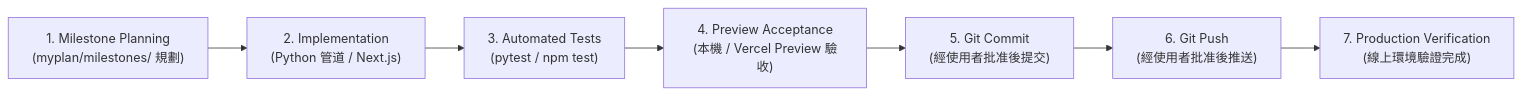
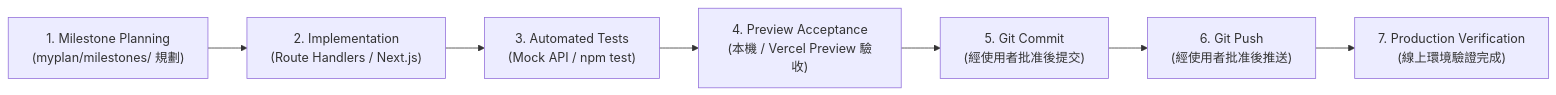
One commit to bambamboo0321/AIOT-HW1 changed the fourth of 4 diagrams in myplan/FLOW.md. Above: the diagram before and after it, drawn with Mermaid. The commit also changed other lines of this file and 17 other files, not shown here.

Commit message:
docs: simplify V2 to stateless Vercel architecture

````diff
--- a/myplan/FLOW.md
+++ b/myplan/FLOW.md
@@ -102,12 +107,12 @@
 ```mermaid
 flowchart LR
     P1["1. Milestone Planning<br>(myplan/milestones/ 規劃)"]
-    P2["2. Implementation<br>(Python 管道 / Next.js)"]
-    P3["3. Automated Tests<br>(pytest / npm test)"]
+    P2["2. Implementation<br>(Route Handlers / Next.js)"]
+    P3["3. Automated Tests<br>(Mock API / npm test)"]
     P4["4. Preview Acceptance<br>(本機 / Vercel Preview 驗收)"]
     P5["5. Git Commit<br>(經使用者批准後提交)"]
     P6["6. Git Push<br>(經使用者批准後推送)"]
     P7["7. Production Verification<br>(線上環境驗證完成)"]
 
     P1 --> P2 --> P3 --> P4 --> P5 --> P6 --> P7
 ```
````
